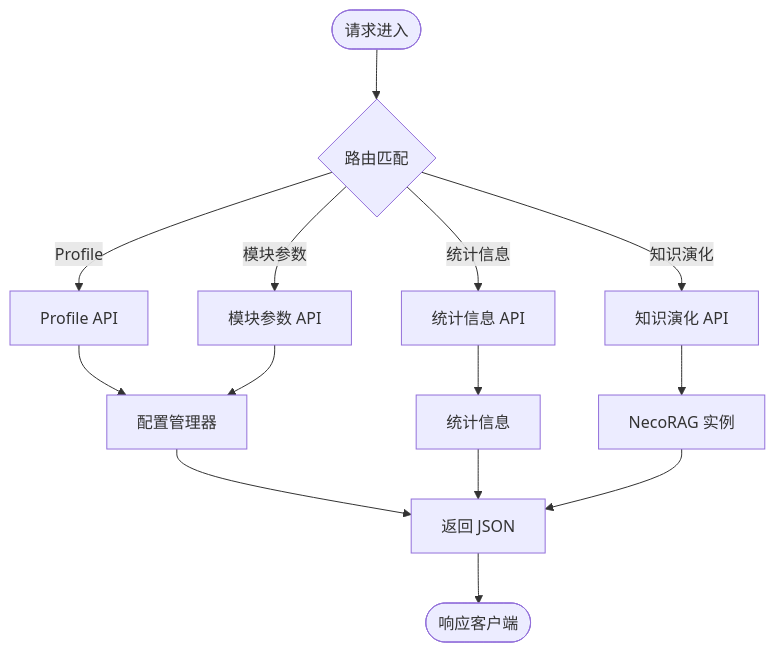
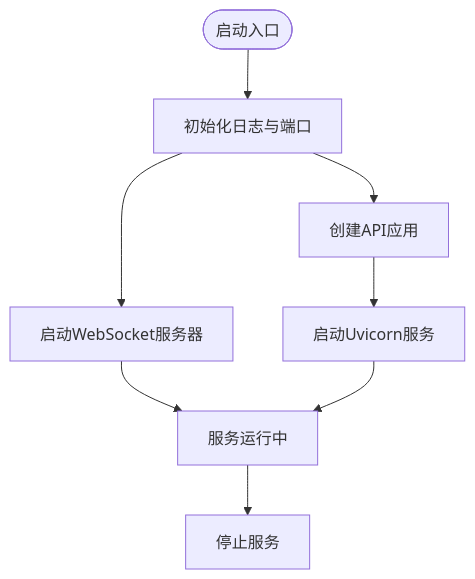
Before and after one commit to JieGaoPrinceton/NecoRAG: the third of 9 diagrams in .qoder/repowiki/zh/content/仪表板系统/Web服务器.md, drawn with Mermaid. The commit also changed other lines of this file and 181 other files, not shown here.

````diff
--- a/.qoder/repowiki/zh/content/仪表板系统/Web服务器.md
+++ b/.qoder/repowiki/zh/content/仪表板系统/Web服务器.md
@@ -207,16 +141,10 @@
 ```mermaid
 flowchart TD
-Start(["请求进入"]) --> Route{"路由匹配"}
-Route --> |Profile| ProfileAPI["Profile API"]
-Route --> |模块参数| ModuleAPI["模块参数 API"]
-Route --> |统计信息| StatsAPI["统计信息 API"]
-Route --> |知识演化| KEG["知识演化 API"]
-ProfileAPI --> CM["配置管理器"]
-ModuleAPI --> CM
-StatsAPI --> Stats["统计信息"]
-KEG --> NR["NecoRAG 实例"]
-CM --> Resp["返回 JSON"]
-Stats --> Resp
-NR --> Resp
-Resp --> End(["响应客户端"])
+Start(["启动入口"]) --> Init["初始化日志与端口"]
+Init --> CreateAPI["创建API应用"]
+Init --> StartWS["启动WebSocket服务器"]
+CreateAPI --> RunUvicorn["启动Uvicorn服务"]
+StartWS --> Running["服务运行中"]
+RunUvicorn --> Running
+Running --> Stop["停止服务"]
 ```
````
